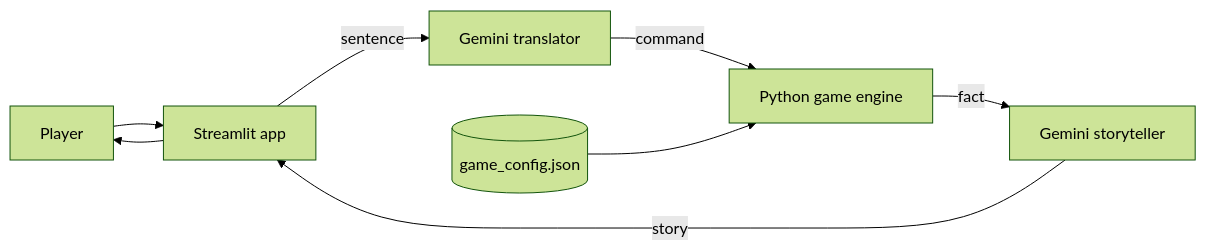
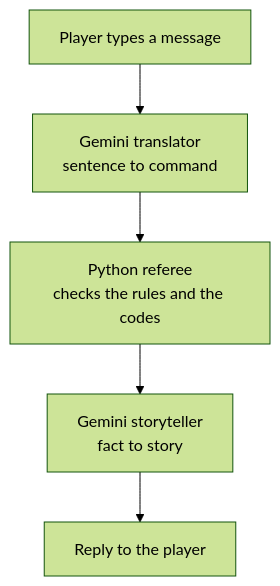
Before and after one commit to farzaneh3745/AI-Escape-Room: the second of 2 diagrams in README.md, drawn with Mermaid (forest theme). The commit also changed other lines of this file, not shown here.

````diff
--- a/README.md
+++ b/README.md
@@ -46,10 +41,7 @@
 ```mermaid
-flowchart LR
-    P[Player] --> A[Streamlit app]
-    A -->|sentence| T[Gemini translator]
-    T -->|command| E[Python game engine]
-    C[(game_config.json)] --> E
-    E -->|fact| S[Gemini storyteller]
-    S -->|story| A
-    A --> P
+flowchart TD
+    A[Player types a message] --> B[Gemini translator<br/>sentence to command]
+    B --> C[Python referee<br/>checks the rules and the codes]
+    C --> D[Gemini storyteller<br/>fact to story]
+    D --> E[Reply to the player]
 ```
````
